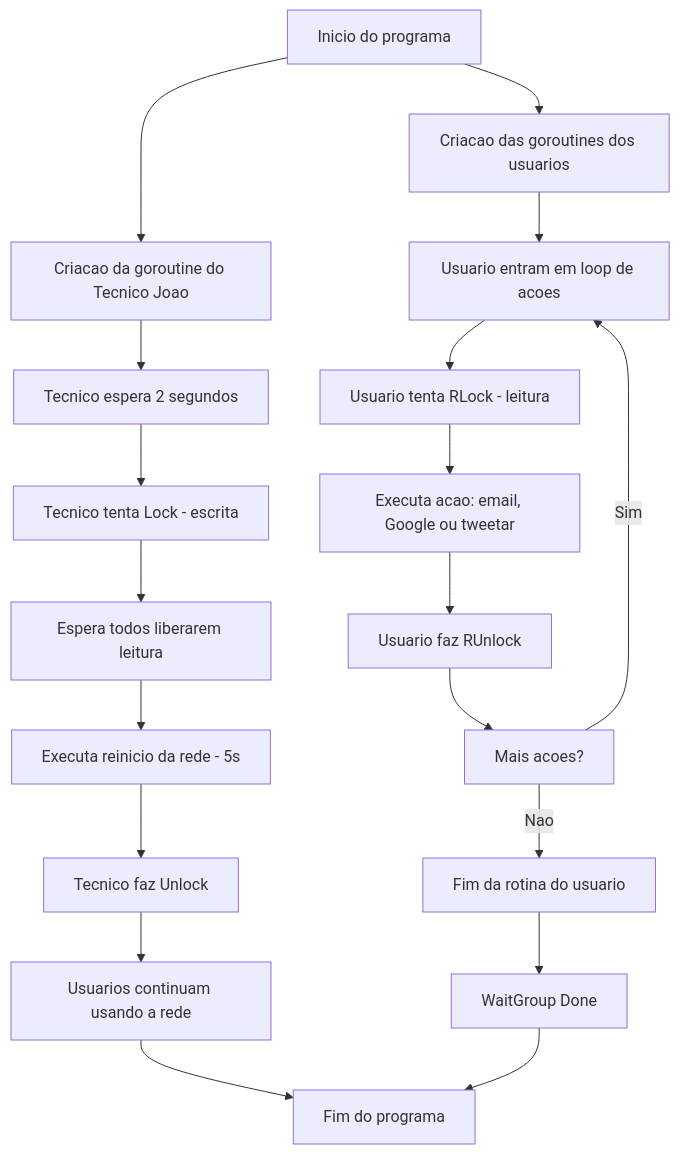
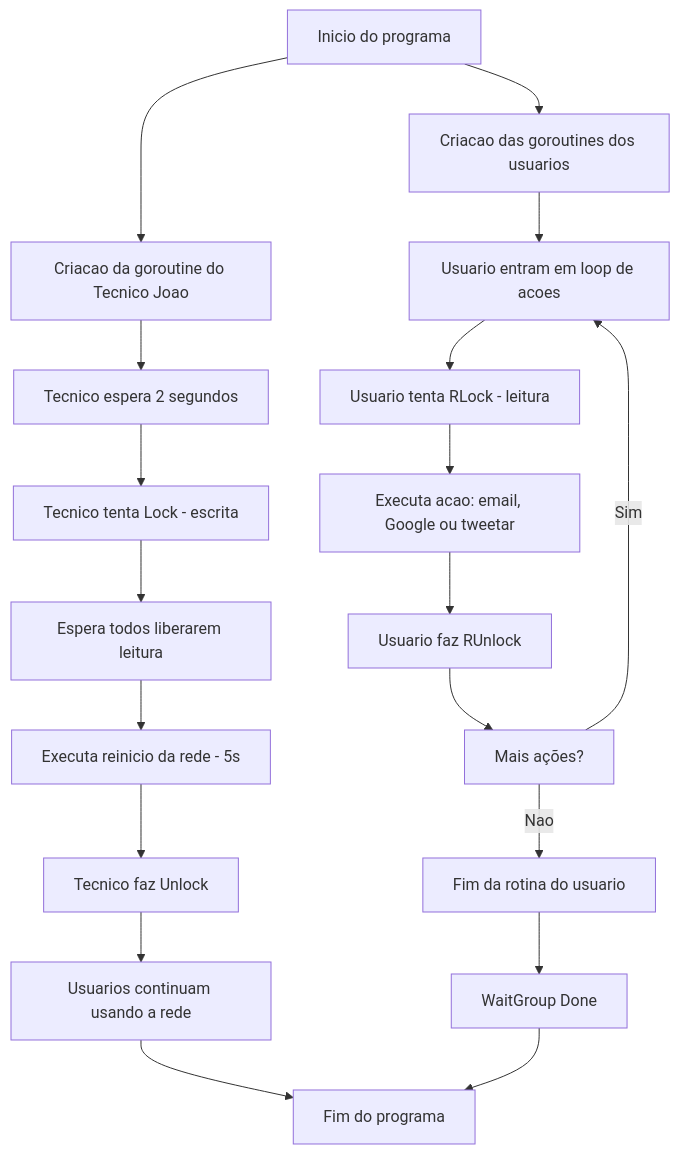
Before and after one commit to Hoyci/meu-segundo-cerebro: the second of 2 diagrams in tecnologia/golang/Goroutines - Artigo.md, drawn with Mermaid. The commit also changed other lines of this file, not shown here.

````diff
--- a/tecnologia/golang/Goroutines - Artigo.md
+++ b/tecnologia/golang/Goroutines - Artigo.md
@@ -405,25 +405,25 @@
 ```mermaid
 flowchart TD
 
 A[Inicio do programa] --> C[Criacao das goroutines dos usuarios]
 A --> B[Criacao da goroutine do Tecnico Joao]
 
 B --> J[Tecnico espera 2 segundos]
 J --> K[Tecnico tenta Lock - escrita]
 K --> L[Espera todos liberarem leitura]
 L --> M[Executa reinicio da rede - 5s]
 M --> N[Tecnico faz Unlock]
 
 C --> D[Usuario entram em loop de acoes]
 D --> E[Usuario tenta RLock - leitura]
 E --> F[Executa acao: email, Google ou tweetar]
 F --> G[Usuario faz RUnlock]
-G --> H[Mais acoes?]
+G --> H[Mais ações?]
 H -->|Sim| D
 H -->|Nao| I[Fim da rotina do usuario]
 I --> O[WaitGroup Done]
 
 N --> P[Usuarios continuam usando a rede]
 P --> Q[Fim do programa]
 O --> Q
 ```
````
